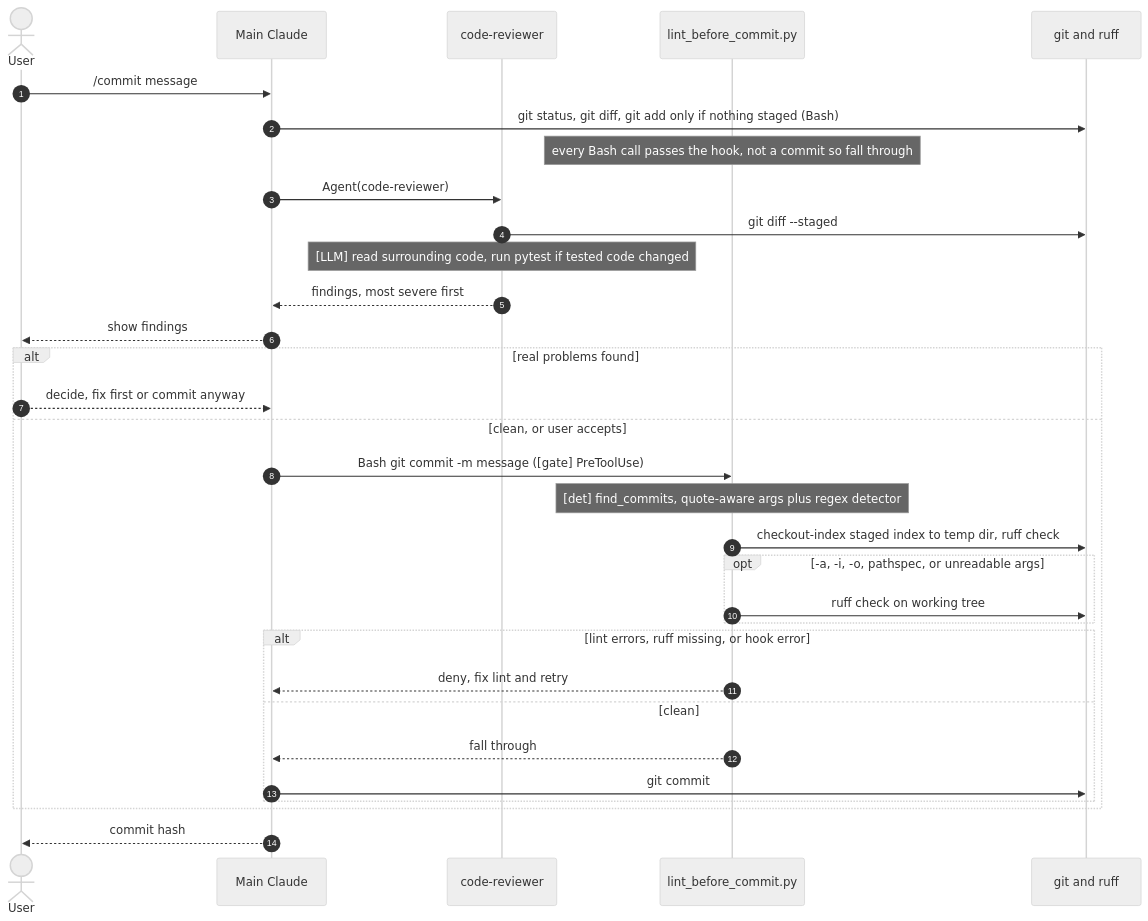
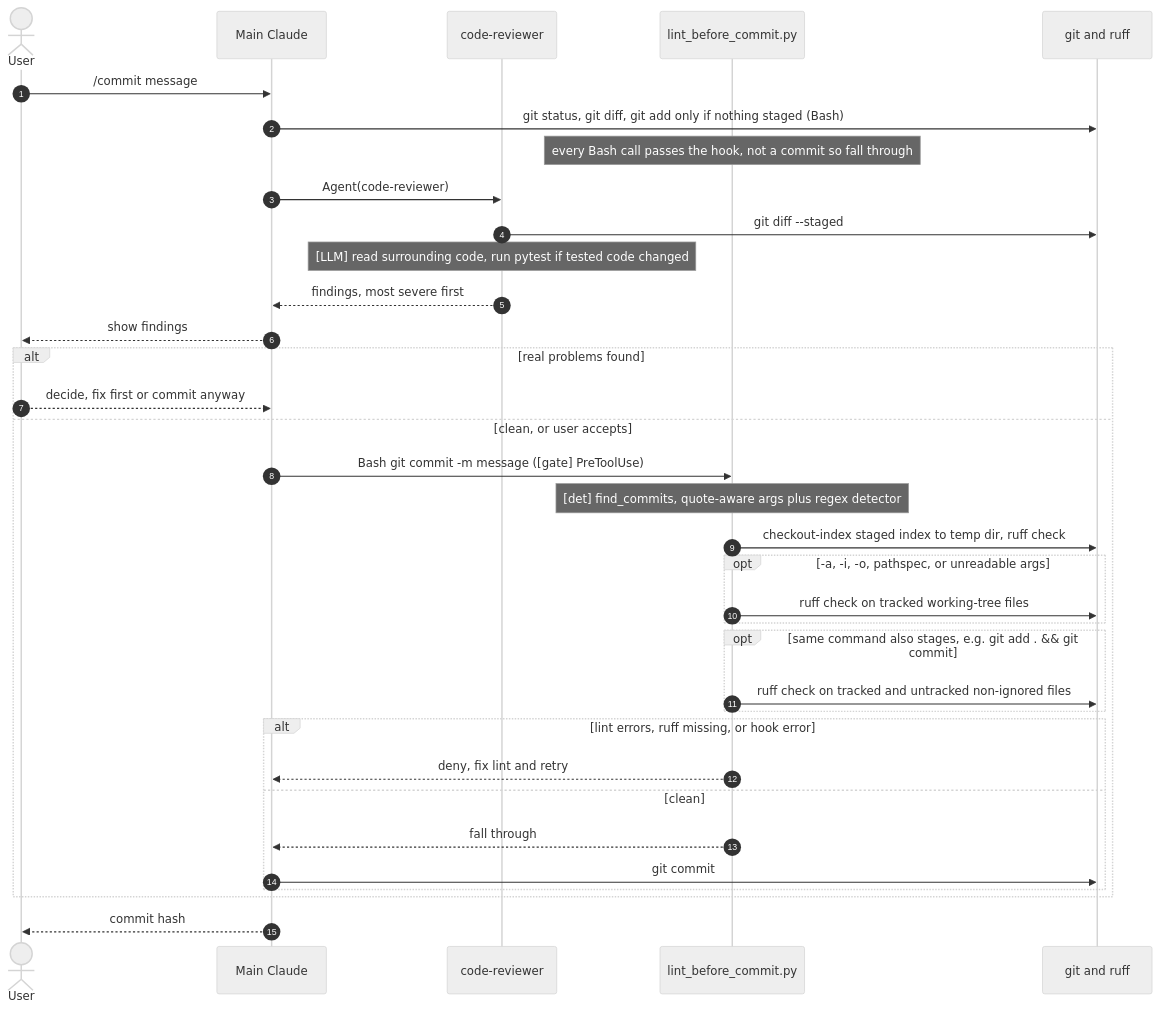
One commit to SaadsProjects/hsm-claude-code-cli changed the fourth of 4 diagrams in docs/ARCHITECTURE.md. Above: the diagram before and after it, drawn with Mermaid (neutral theme). The commit also changed other lines of this file and 8 other files, not shown here.

````diff
--- a/docs/ARCHITECTURE.md
+++ b/docs/ARCHITECTURE.md
@@ -142,35 +142,38 @@
 ```mermaid
 sequenceDiagram
     autonumber
     actor U as User
     participant MC as Main Claude
     participant CR as code-reviewer
     participant LH as lint_before_commit.py
     participant G as git and ruff
 
     U->>MC: /commit message
     MC->>G: git status, git diff, git add only if nothing staged (Bash)
     Note over LH: every Bash call passes the hook, not a commit so fall through
     MC->>CR: Agent(code-reviewer)
     CR->>G: git diff --staged
     Note over CR: [LLM] read surrounding code, run pytest if tested code changed
     CR-->>MC: findings, most severe first
     MC-->>U: show findings
     alt real problems found
         U-->>MC: decide, fix first or commit anyway
     else clean, or user accepts
         MC->>LH: Bash git commit -m message ([gate] PreToolUse)
         Note over LH: [det] find_commits, quote-aware args plus regex detector
         LH->>G: checkout-index staged index to temp dir, ruff check
         opt -a, -i, -o, pathspec, or unreadable args
-            LH->>G: ruff check on working tree
+            LH->>G: ruff check on tracked working-tree files
+        end
+        opt same command also stages, e.g. git add . && git commit
+            LH->>G: ruff check on tracked and untracked non-ignored files
         end
         alt lint errors, ruff missing, or hook error
             LH-->>MC: deny, fix lint and retry
         else clean
             LH-->>MC: fall through
             MC->>G: git commit
         end
     end
     MC-->>U: commit hash
 ```
````
